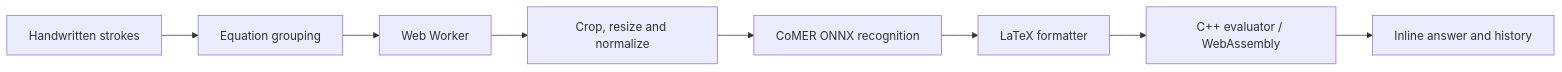
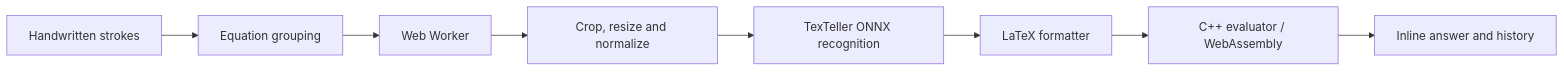
The diagram in README.md (SantoshP2608/Code-Alchemists), drawn with Mermaid before and after one commit. The commit also changed other lines of this file and 24 other files, not shown here.

Commit message:
Migrate recognition to TexTeller ONNX and preserve evaluation history

````diff
--- a/README.md
+++ b/README.md
@@ -72,10 +72,10 @@
 ```mermaid
 flowchart LR
     A[Handwritten strokes] --> B[Equation grouping]
     B --> C[Web Worker]
     C --> D[Crop, resize and normalize]
-    D --> E[CoMER ONNX recognition]
+    D --> E[TexTeller ONNX recognition]
     E --> F[LaTeX formatter]
     F --> G[C++ evaluator / WebAssembly]
     G --> H[Inline answer and history]
 ```
````
